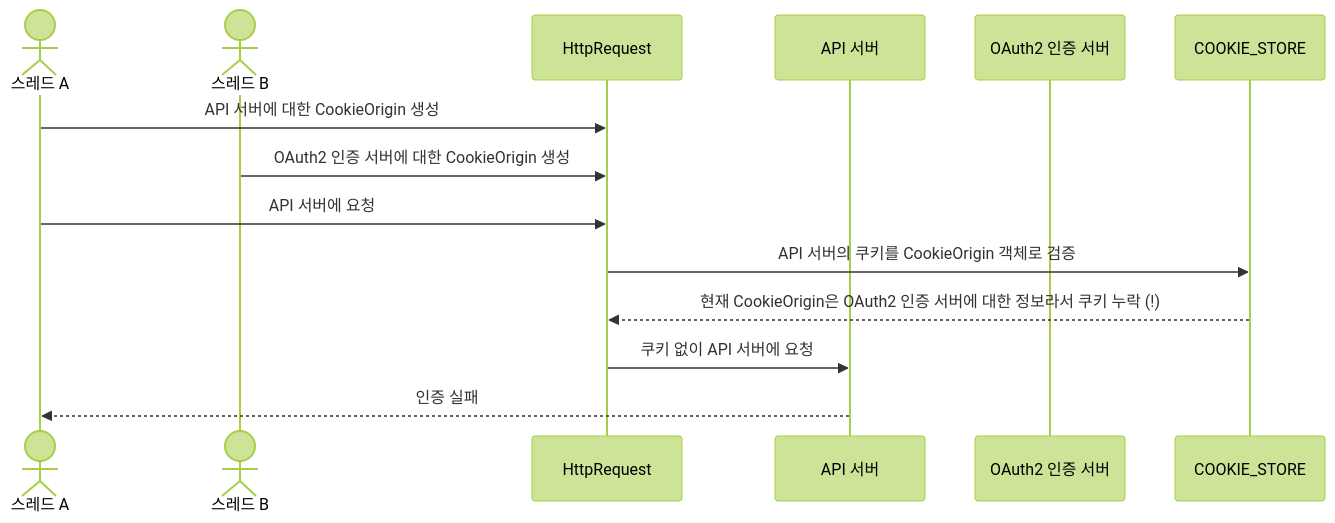
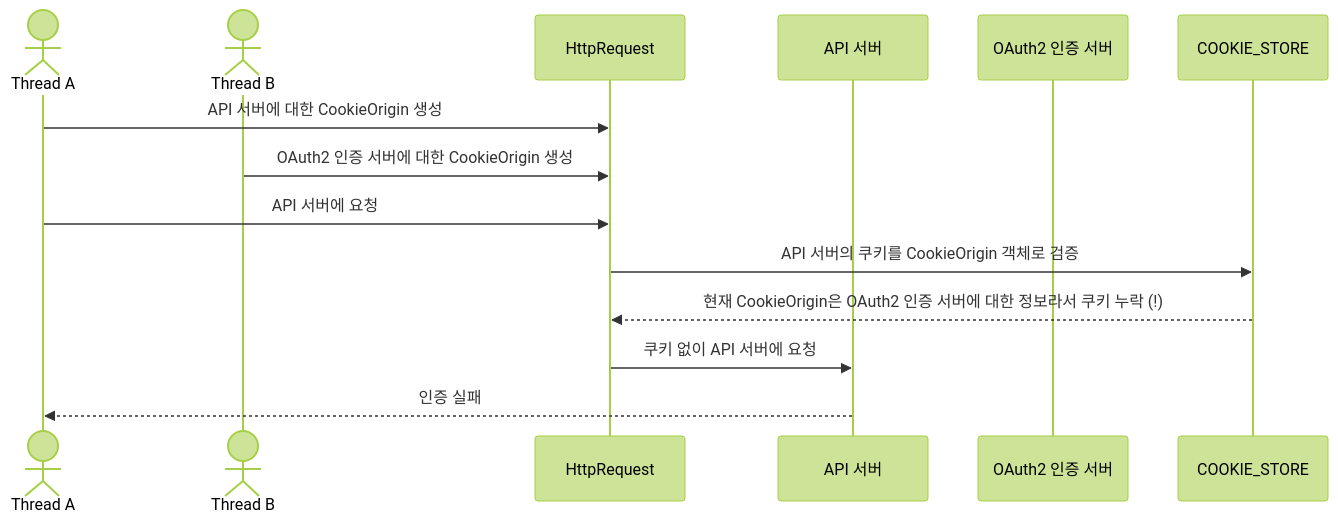
One commit to Hansanghyun-github/TIL changed the first of 2 diagrams in portfolio/nGrinder 부하 테스트 중 발생한 OAuth2 인증 문제 분석 및 해결.md. Above: the diagram before and after it, drawn with Mermaid (forest theme). The commit also changed 1 other file, not shown here.

````diff
--- a/portfolio/nGrinder 부하 테스트 중 발생한 OAuth2 인증 문제 분석 및 해결.md
+++ b/portfolio/nGrinder 부하 테스트 중 발생한 OAuth2 인증 문제 분석 및 해결.md
@@ -220,16 +220,16 @@
 ```mermaid
 sequenceDiagram
-   actor A as 스레드 A
-   actor B as 스레드 B
+   actor A as Thread A
+   actor B as Thread B
    participant HttpRequest as HttpRequest
    participant API as API 서버
    participant Mock as OAuth2 인증 서버
 
    A->>HttpRequest: API 서버에 대한 CookieOrigin 생성
    B->>HttpRequest: OAuth2 인증 서버에 대한 CookieOrigin 생성
    A->>HttpRequest: API 서버에 요청
    HttpRequest->>COOKIE_STORE: API 서버의 쿠키를 CookieOrigin 객체로 검증
    COOKIE_STORE-->>HttpRequest: 현재 CookieOrigin은 OAuth2 인증 서버에 대한 정보라서 쿠키 누락 (!)
    HttpRequest->>API: 쿠키 없이 API 서버에 요청
    API-->>A: 인증 실패
 ```
````
